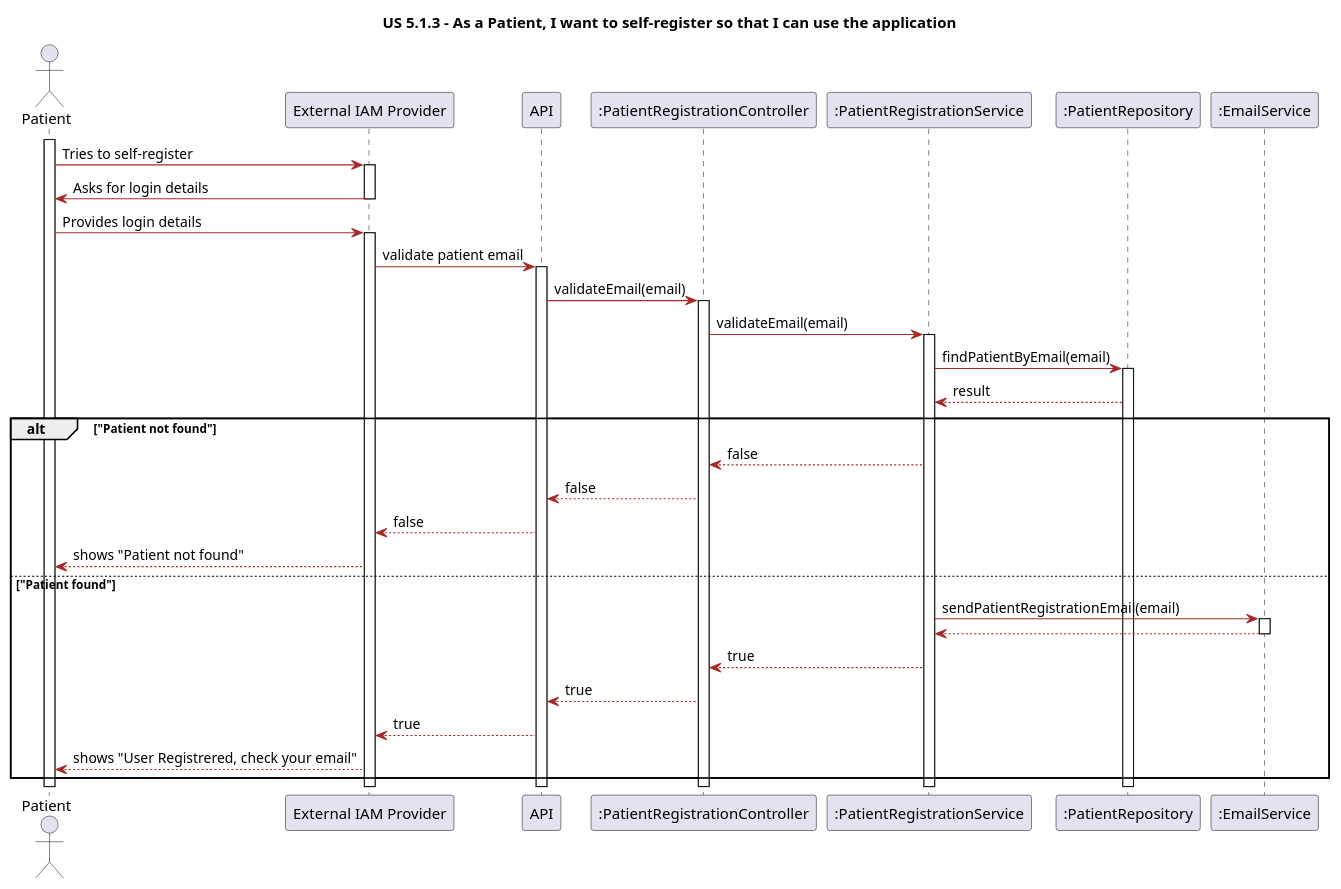
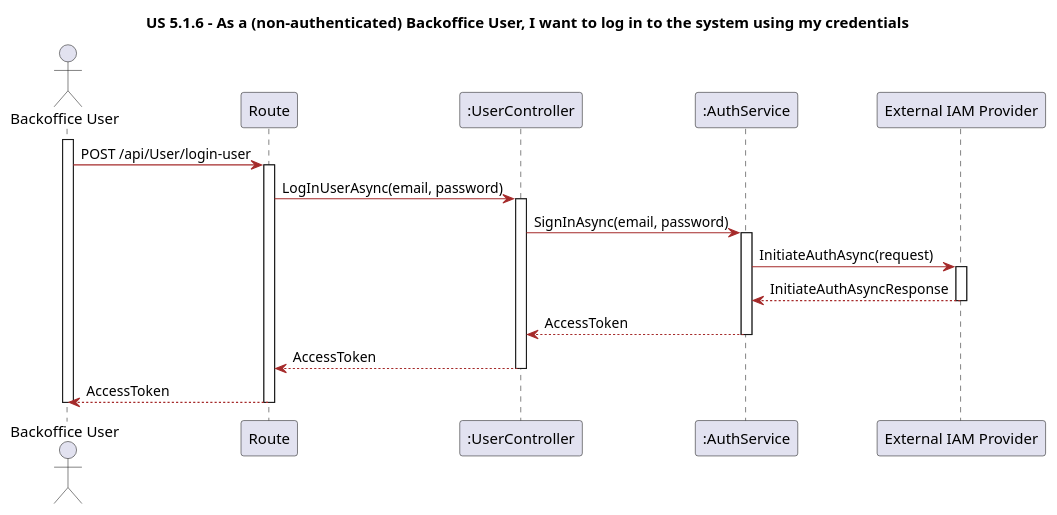
One commit to LAPR5-043/sem_5_24_25_043 changed the diagram in Docs/Sprint1/UserStories/LAPR5/us516/design/puml/sequence-diagram.puml. Above: the diagram before and after it, drawn with PlantUML. The commit also changed 5 other files, not shown here.

```diff
--- a/Docs/Sprint1/UserStories/LAPR5/us516/design/puml/sequence-diagram.puml
+++ b/Docs/Sprint1/UserStories/LAPR5/us516/design/puml/sequence-diagram.puml
@@ -1,110 +1,71 @@
 @startuml
 
 
-title US 5.1.3 - As a Patient, I want to self-register so that I can use the application
+title US 5.1.6 - As a (non-authenticated) Backoffice User, I want to log in to the system using my credentials
 
 skinparam classAttributeIconSize 0
 
 skinparam class {
     LifeLineBorderColor DodgerBlue
     LifeLineBackgroundColor APPLICATION
     BackgroundColor LemonChiffon
     ArrowColor Brown
     BorderColor SaddleBrown
 }
 
 skinparam packageStyle rectangle
 
 skinparam card {
     LifeLineBorderColor DodgerBlue
     LifeLineBackgroundColor APPLICATION
     BackgroundColor LemonChiffon
     ArrowColor Brown
     BorderColor SaddleBrown
 }
 
-actor "Patient" as P
+actor "Backoffice User" as BU
 
+participant "Route" as Route
+participant ":UserController" as PRC
+participant ":AuthService" as AS
 participant "External IAM Provider" as IAM
-participant "API" as API
-participant ":PatientRegistrationController" as PRC
-participant ":PatientRegistrationService" as PRS
-participant ":PatientRepository" as PR
-participant ":EmailService" as ES
 
-activate P
+activate BU
 
-P -> IAM: Tries to self-register
+BU -> Route: POST /api/User/login-user
+
+activate Route
+
+Route -> PRC: LogInUserAsync(email, password)
+
+activate PRC
+
+PRC -> AS: SignInAsync(email, password)
+
+activate AS
+
+AS -> IAM: InitiateAuthAsync(request)
 
 activate IAM
 
-IAM -> P: Asks for login details
+IAM --> AS: InitiateAuthAsyncResponse
 
 deactivate IAM
 
-P -> IAM: Provides login details
+AS --> PRC: AccessToken
 
-activate IAM
+deactivate AS
 
-IAM -> API: validate patient email
+PRC --> Route: AccessToken
 
-activate API
+deactivate PRC
 
-API -> PRC: validateEmail(email)
+Route --> BU: AccessToken
 
-activate PRC
+deactivate Route
 
-PRC -> PRS: validateEmail(email)
-
-activate PRS
-
-PRS -> PR: findPatientByEmail(email)
-
-activate PR
-
-PR --> PRS: result
-
-alt "Patient not found"
-
-    PRS --> PRC: false
-
-    PRC --> API: false
-
-    API --> IAM: false
-
-    IAM --> P: shows "Patient not found"
-
-else "Patient found"
-
-    PRS -> ES: sendPatientRegistrationEmail(email)
-
-    activate ES
-
-    ES --> PRS: 
-
-    deactivate ES
-
-    PRS --> PRC: true
-
-    PRC --> API: true
-
-    API --> IAM: true
-
-    IAM --> P: shows "User Registrered, check your email"
-end
-
-
-
-
-
-
-
-
-
-
-
-
+deactivate BU
 
 
 
 @enduml
```
